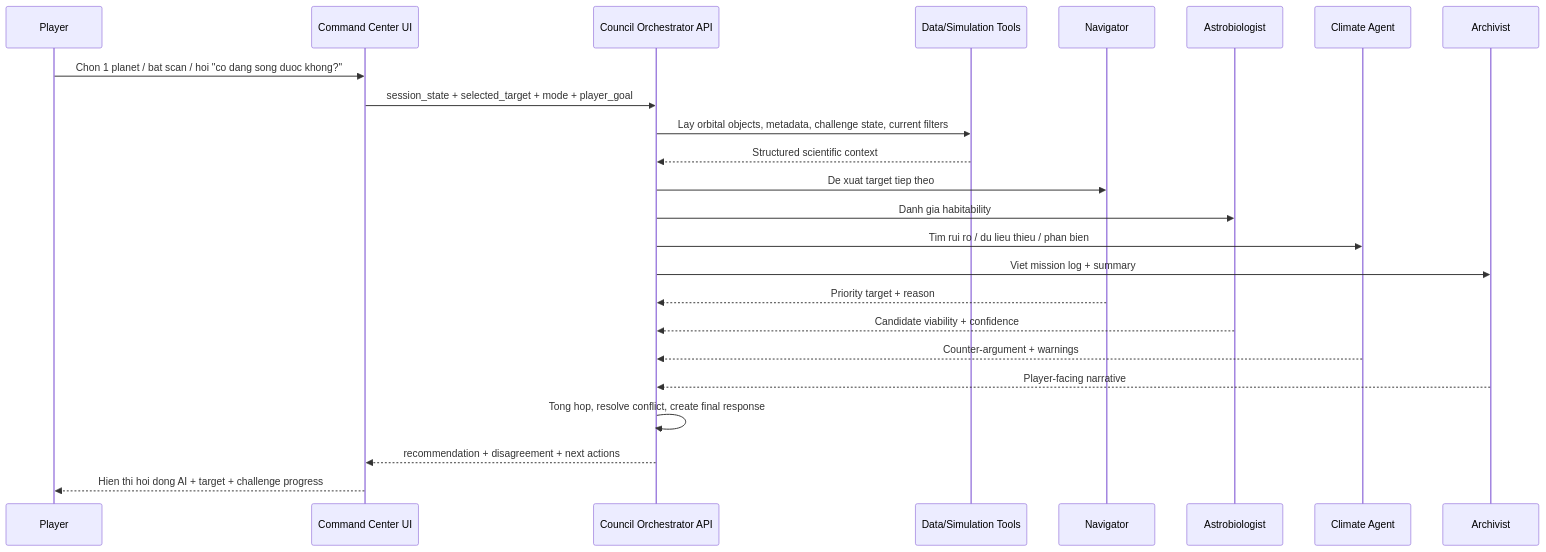
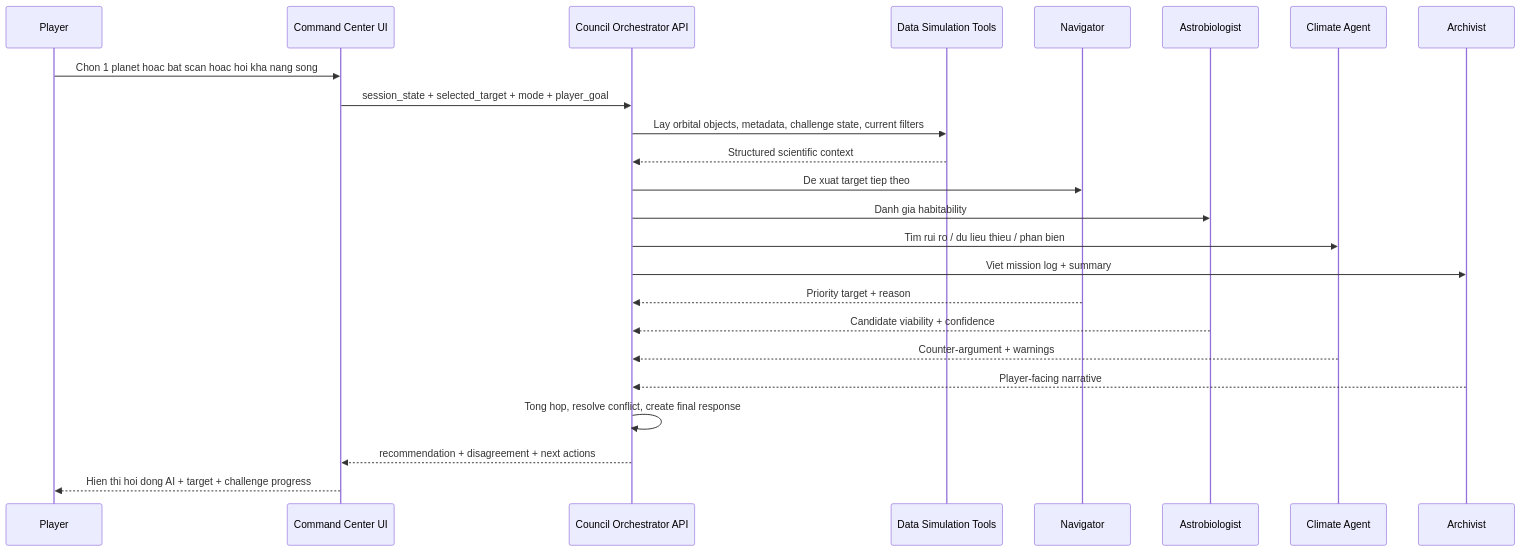
The second of 3 diagrams in AI_SCIENCE_COUNCIL_PIPELINE.md (Procoderdata/hackathonvodich), drawn with Mermaid before and after one commit. The commit also changed other lines of this file and 1 other file, not shown here.

Commit message:
docs: normalize all Mermaid labels to parser-safe convention

````diff
--- a/AI_SCIENCE_COUNCIL_PIPELINE.md
+++ b/AI_SCIENCE_COUNCIL_PIPELINE.md
@@ -85,30 +85,30 @@
 ```mermaid
 sequenceDiagram
     participant Player
     participant UI as Command Center UI
     participant API as Council Orchestrator API
-    participant Tools as Data/Simulation Tools
+    participant Tools as Data Simulation Tools
     participant Nav as Navigator
     participant Astro as Astrobiologist
     participant Climate as Climate Agent
     participant Archive as Archivist
 
-    Player->>UI: Chon 1 planet / bat scan / hoi "co dang song duoc khong?"
+    Player->>UI: Chon 1 planet hoac bat scan hoac hoi kha nang song
     UI->>API: session_state + selected_target + mode + player_goal
     API->>Tools: Lay orbital objects, metadata, challenge state, current filters
     Tools-->>API: Structured scientific context
 
     API->>Nav: De xuat target tiep theo
     API->>Astro: Danh gia habitability
     API->>Climate: Tim rui ro / du lieu thieu / phan bien
     API->>Archive: Viet mission log + summary
 
     Nav-->>API: Priority target + reason
     Astro-->>API: Candidate viability + confidence
     Climate-->>API: Counter-argument + warnings
     Archive-->>API: Player-facing narrative
 
     API->>API: Tong hop, resolve conflict, create final response
     API-->>UI: recommendation + disagreement + next actions
     UI-->>Player: Hien thi hoi dong AI + target + challenge progress
 ```
````
